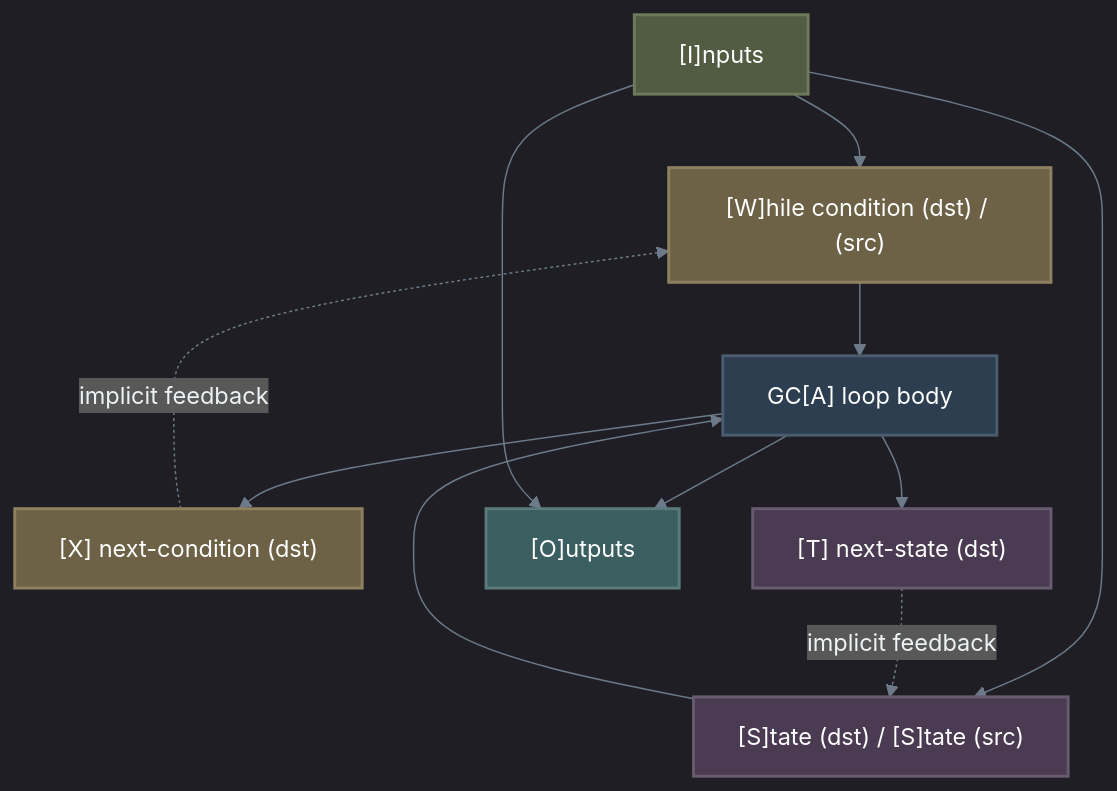
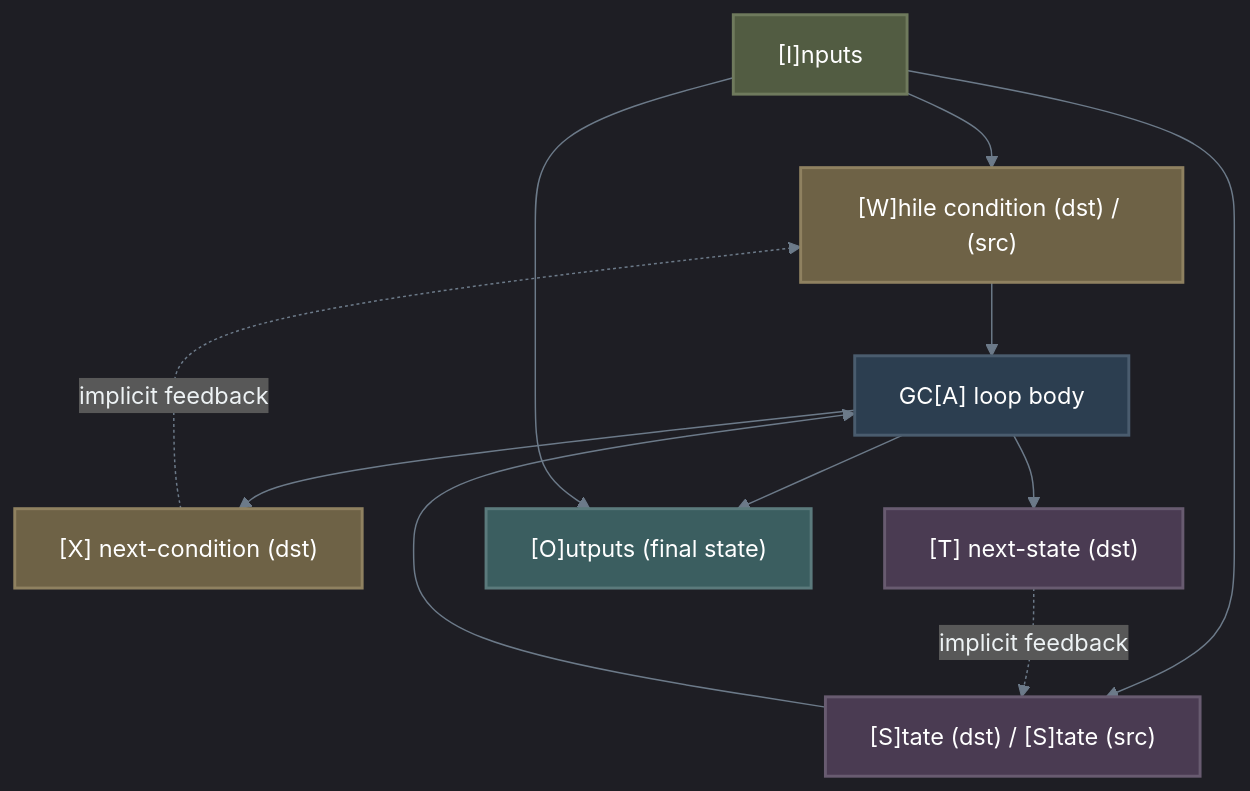
Before and after one commit to Shapedsundew9/erasmus-gp: the fourth of 7 diagrams in docs/components/core/genetic_code/c_graph.md, drawn with Mermaid. The commit also changed other lines of this file, not shown here.

````diff
--- a/docs/components/core/genetic_code/c_graph.md
+++ b/docs/components/core/genetic_code/c_graph.md
@@ -242,28 +244,28 @@
 ```mermaid
 %%{init: { 'theme': 'dark', 'themeVariables': { 'lineColor': '#6c7a89', 'textColor': '#edf2f4', 'mainBkg': '#2b2d42', 'primaryBorderColor': '#4a4e69' }}}%%
 flowchart TB
     classDef dataTeal fill:#3b5e60,stroke:#5b7a7c,stroke-width:2px,color:#ffffff
     classDef dataOlive fill:#525c42,stroke:#6f7a5d,stroke-width:2px,color:#ffffff
     classDef dataNavy fill:#2c3e50,stroke:#4a5c6e,stroke-width:2px,color:#ffffff
     classDef dataPlum fill:#4a3b52,stroke:#685b70,stroke-width:2px,color:#ffffff
     classDef dataGold fill:#6e6246,stroke:#8f8160,stroke-width:2px,color:#ffffff
 
     I["[I]nputs"]:::dataOlive
     W["[W]hile condition (dst) / (src)"]:::dataGold
     X["[X] next-condition (dst)"]:::dataGold
     S["[S]tate (dst) / [S]tate (src)"]:::dataPlum
     T["[T] next-state (dst)"]:::dataPlum
     A["GC[A] loop body"]:::dataNavy
-    O["[O]utputs"]:::dataTeal
+    O["[O]utputs (final state)"]:::dataTeal
     
     I --> W
     I --> S
     W --> A
     S --> A
     A --> X
     A --> T
     A --> O
     X -.->|implicit feedback| W
     T -.->|implicit feedback| S
     I --> O
 ```
````
